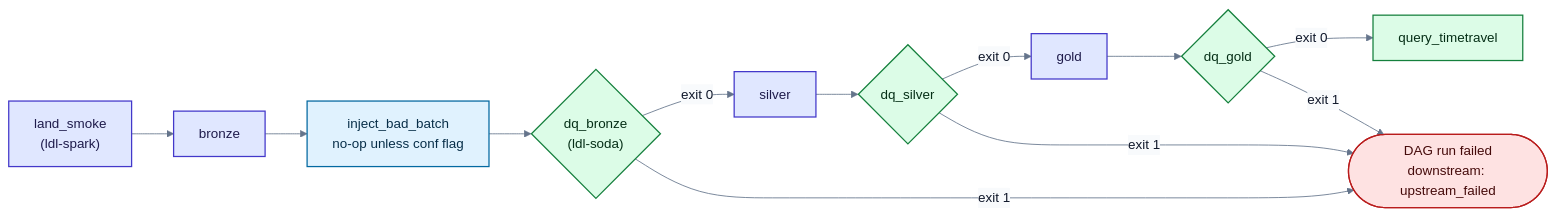
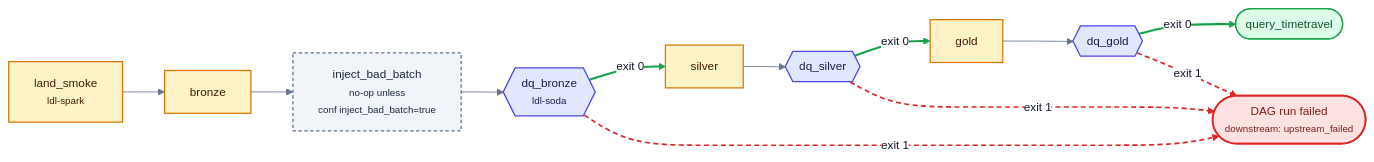
The diagram in docs/diagrams/05-airflow-dag.mmd (santoshshinde2012/lakehouse-quality-gates), drawn with Mermaid before and after one commit. The commit also changed 38 other files, not shown here.

Commit message:
docs: mermaid-only diagrams with professional theme

```diff
--- a/docs/diagrams/05-airflow-dag.mmd
+++ b/docs/diagrams/05-airflow-dag.mmd
@@ -1,21 +1,34 @@
-%%{init: {"theme": "base", "themeVariables": {"fontFamily": "Inter, Segoe UI, Helvetica, Arial, sans-serif", "lineColor": "#64748b", "primaryTextColor": "#0f172a", "primaryColor": "#e0e7ff", "primaryBorderColor": "#4338ca", "secondaryColor": "#dcfce7", "tertiaryColor": "#f8fafc", "edgeLabelBackground": "#f8fafc", "actorBkg": "#e0e7ff", "actorBorder": "#4338ca", "noteBkgColor": "#fef3c7", "noteBorderColor": "#b45309", "signalColor": "#334155", "signalTextColor": "#0f172a"}}}%%
+%%{init: {'theme':'base','themeVariables':{'fontFamily':'Inter, system-ui, -apple-system, Segoe UI, Helvetica, Arial, sans-serif','fontSize':'14px','primaryColor':'#eef2ff','primaryTextColor':'#0f172a','primaryBorderColor':'#6366f1','secondaryColor':'#f1f5f9','secondaryTextColor':'#0f172a','secondaryBorderColor':'#94a3b8','tertiaryColor':'#f8fafc','tertiaryTextColor':'#0f172a','tertiaryBorderColor':'#cbd5e1','lineColor':'#64748b','textColor':'#0f172a','nodeTextColor':'#0f172a','titleColor':'#0f172a','clusterBkg':'#f8fafc','clusterBorder':'#94a3b8','edgeLabelBackground':'#ffffff','noteBkgColor':'#fef9c3','noteTextColor':'#422006','noteBorderColor':'#ca8a04','actorBkg':'#eef2ff','actorBorder':'#6366f1','actorTextColor':'#1e1b4b','actorLineColor':'#94a3b8','signalColor':'#334155','signalTextColor':'#0f172a','labelBoxBkgColor':'#eef2ff','labelBoxBorderColor':'#6366f1','labelTextColor':'#1e1b4b','loopTextColor':'#1e1b4b','activationBkgColor':'#e0e7ff','activationBorderColor':'#4f46e5','sequenceNumberColor':'#ffffff','classText':'#0f172a'}}}%%
 flowchart LR
-  ST["land_smoke<br/>(ldl-spark)"]:::ext
-  BR["bronze"]:::ext
-  IN["inject_bad_batch<br/>no-op unless conf flag"]:::dq
-  DB{"dq_bronze<br/>(ldl-soda)"}:::gate
-  SI["silver"]:::ext
-  DS{"dq_silver"}:::gate
-  GO["gold"]:::ext
-  DG{"dq_gold"}:::gate
-  EN["query_timetravel"]:::gate
-  FX(["DAG run failed<br/>downstream: upstream_failed"]):::fail
-  ST --> BR --> IN --> DB -->|exit 0| SI --> DS -->|exit 0| GO --> DG -->|exit 0| EN
+  ST["land_smoke<br/><small>ldl-spark</small>"]:::platform
+  BR["bronze"]:::platform
+  IN["inject_bad_batch<br/><small>no-op unless<br/>conf inject_bad_batch=true</small>"]:::xcut
+  DB{{"dq_bronze<br/><small>ldl-soda</small>"}}:::app
+  SI["silver"]:::platform
+  DS{{"dq_silver"}}:::app
+  GO["gold"]:::platform
+  DG{{"dq_gold"}}:::app
+  EN(["query_timetravel"]):::pass
+  FX(["DAG run failed<br/><small>downstream: upstream_failed</small>"]):::fail
+  ST --> BR
+  BR --> IN
+  IN --> DB
+  DB -->|exit 0| SI
+  SI --> DS
+  DS -->|exit 0| GO
+  GO --> DG
+  DG -->|exit 0| EN
   DB -->|exit 1| FX
   DS -->|exit 1| FX
   DG -->|exit 1| FX
-  classDef ext fill:#e0e7ff,stroke:#4338ca,stroke-width:1.5px,color:#1e1b4b
-  classDef dq fill:#e0f2fe,stroke:#0369a1,stroke-width:1.5px,color:#082f49
-  classDef store fill:#ede9fe,stroke:#6d28d9,stroke-width:1.5px,color:#2e1065
-  classDef gate fill:#dcfce7,stroke:#15803d,stroke-width:1.5px,color:#052e16
-  classDef fail fill:#fee2e2,stroke:#b91c1c,stroke-width:1.5px,color:#450a0a
+  classDef entry fill:#e0f2fe,stroke:#0284c7,stroke-width:1.5px,color:#0c4a6e
+  classDef root fill:#e2e8f0,stroke:#475569,stroke-width:1.5px,color:#0f172a
+  classDef app fill:#e0e7ff,stroke:#4f46e5,stroke-width:1.5px,color:#1e1b4b
+  classDef domain fill:#ede9fe,stroke:#7c3aed,stroke-width:1.5px,color:#2e1065
+  classDef adapter fill:#ccfbf1,stroke:#0d9488,stroke-width:1.5px,color:#134e4a
+  classDef platform fill:#fef3c7,stroke:#d97706,stroke-width:1.5px,color:#451a03
+  classDef xcut fill:#f1f5f9,stroke:#64748b,stroke-width:1.5px,stroke-dasharray:4 3,color:#1e293b
+  classDef pass fill:#dcfce7,stroke:#16a34a,stroke-width:1.5px,color:#14532d
+  classDef fail fill:#fee2e2,stroke:#dc2626,stroke-width:2px,color:#7f1d1d
+  linkStyle 3,5,7 stroke:#16a34a,stroke-width:2.5px
+  linkStyle 8,9,10 stroke:#dc2626,stroke-width:2px,stroke-dasharray:6 4
```
